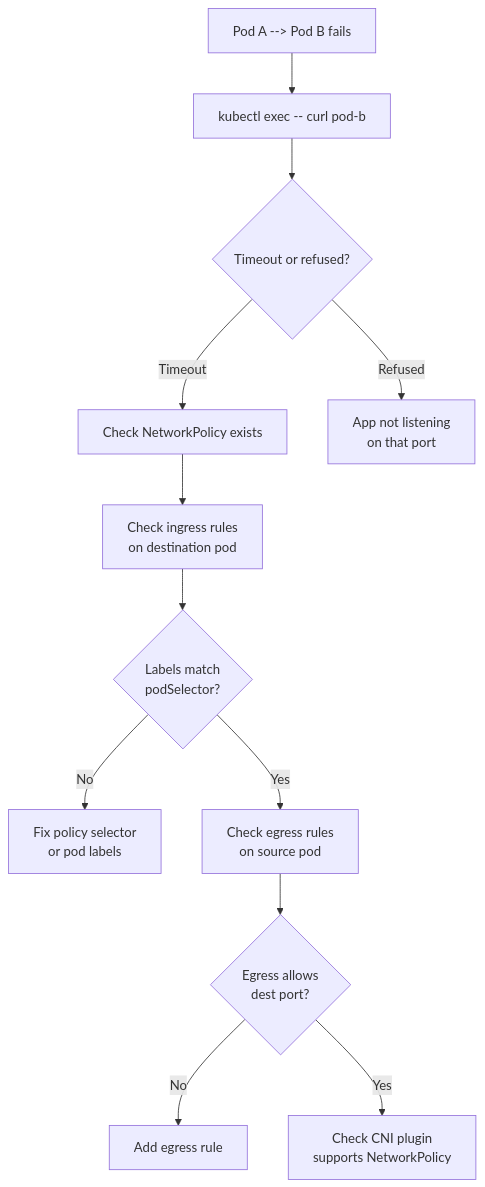
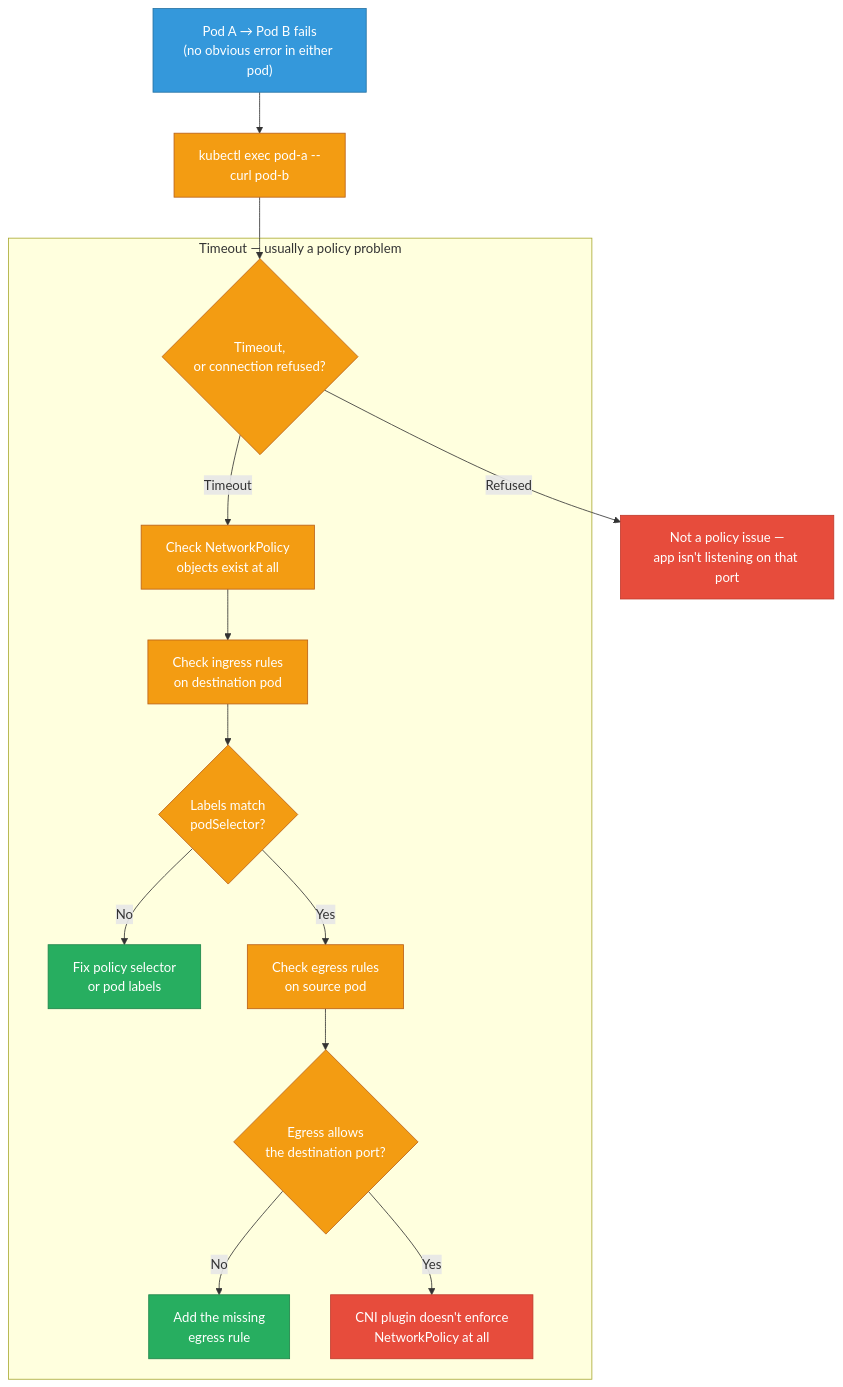
Before and after one commit to deepanshu-rawat6/DevOpsIndex: the sixth of 13 diagrams in sre/k8s-scenarios.md, drawn with Mermaid. The commit also changed other lines of this file and 10 other files, not shown here.

````diff
--- a/sre/k8s-scenarios.md
+++ b/sre/k8s-scenarios.md
@@ -756,14 +989,23 @@
 ```mermaid
 flowchart TD
-    A[Pod A --> Pod B fails] --> B[kubectl exec -- curl pod-b]
-    B --> C{Timeout or refused?}
-    C -- Timeout --> D[Check NetworkPolicy exists]
-    D --> E[Check ingress rules<br/>on destination pod]
-    E --> F{Labels match<br/>podSelector?}
-    F -- No --> G[Fix policy selector<br/>or pod labels]
-    F -- Yes --> H[Check egress rules<br/>on source pod]
-    H --> I{Egress allows<br/>dest port?}
-    I -- No --> J[Add egress rule]
-    I -- Yes --> K[Check CNI plugin<br/>supports NetworkPolicy]
-    C -- Refused --> L[App not listening<br/>on that port]
+    classDef start fill:#3498db,stroke:#2471a3,color:#fff
+    classDef check fill:#f39c12,stroke:#ba6018,color:#fff
+    classDef fix fill:#27ae60,stroke:#1e8449,color:#fff
+    classDef trap fill:#e74c3c,stroke:#c0392b,color:#fff
+
+    A["Pod A → Pod B fails<br/>(no obvious error in either pod)"]:::start --> B["kubectl exec pod-a --<br/>curl pod-b"]:::check
+    B --> C{"Timeout,<br/>or connection refused?"}:::check
+
+    subgraph TimeoutBranch["Timeout — usually a policy problem"]
+        C -- Timeout --> D["Check NetworkPolicy<br/>objects exist at all"]:::check
+        D --> E["Check ingress rules<br/>on destination pod"]:::check
+        E --> F{"Labels match<br/>podSelector?"}:::check
+        F -- No --> G["Fix policy selector<br/>or pod labels"]:::fix
+        F -- Yes --> H["Check egress rules<br/>on source pod"]:::check
+        H --> I{"Egress allows<br/>the destination port?"}:::check
+        I -- No --> J["Add the missing<br/>egress rule"]:::fix
+        I -- Yes --> K["CNI plugin doesn't enforce<br/>NetworkPolicy at all"]:::trap
+    end
+
+    C -- Refused --> L["Not a policy issue —<br/>app isn't listening on that port"]:::trap
 ```
````
